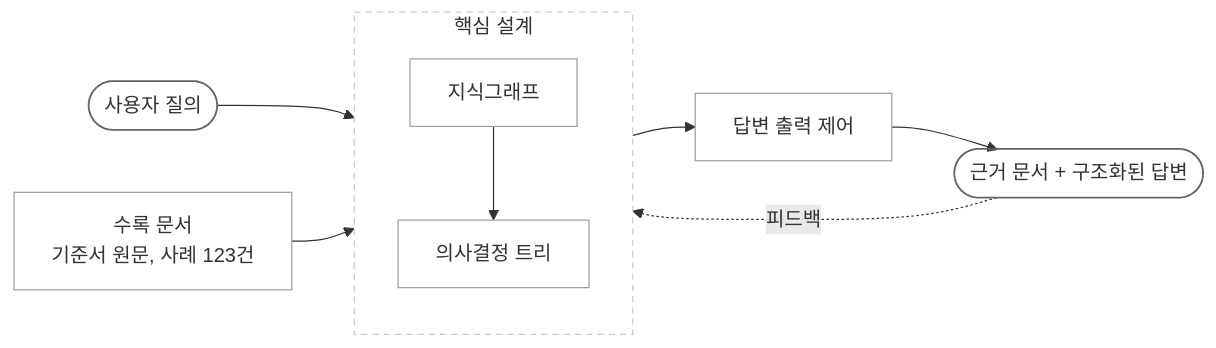
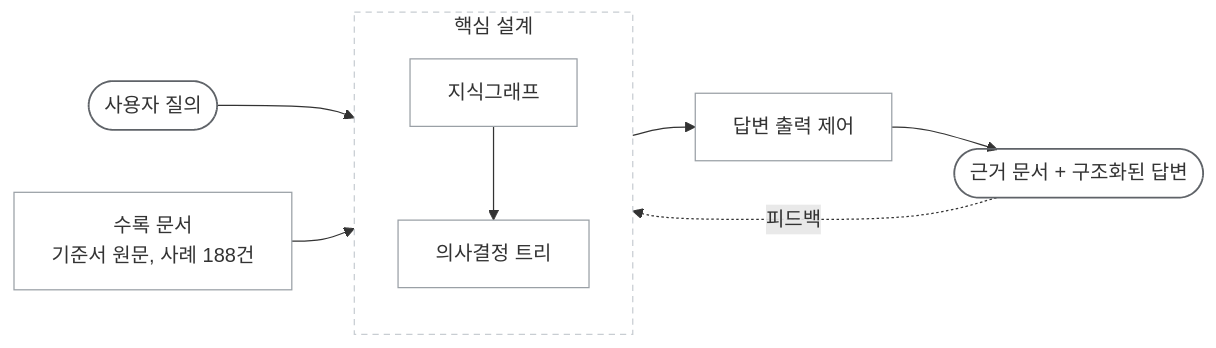
The first of 4 diagrams in README.md (ghdtjrgns321-creator/k-ifrs-1115), drawn with Mermaid before and after one commit. The commit also changed other lines of this file, not shown here.

````diff
--- a/README.md
+++ b/README.md
@@ -13,20 +13,20 @@
 ```mermaid
 flowchart LR
     Q(["사용자 질의"]) --> KG
 
     subgraph CORE["핵심 설계"]
         direction TB
         KG["지식그래프"] --> DT["의사결정 트리"]
     end
 
-    DOC["수록 문서<br/>기준서 원문, 사례 123건"] --> KG
+    DOC["수록 문서<br/>기준서 원문, 사례 188건"] --> KG
     DT --> OUT["답변 출력 제어"]
     OUT --> ANS(["근거 문서 + 구조화된 답변"])
     ANS -.->|피드백| KG
 
     classDef step fill:none,stroke:#9aa0a6,stroke-width:1px
     classDef port fill:none,stroke:#5f6368,stroke-width:1.5px
     class DOC,KG,DT,OUT step
     class Q,ANS port
     style CORE fill:none,stroke:#c8cdd2,stroke-dasharray:5 4
 ```
````
